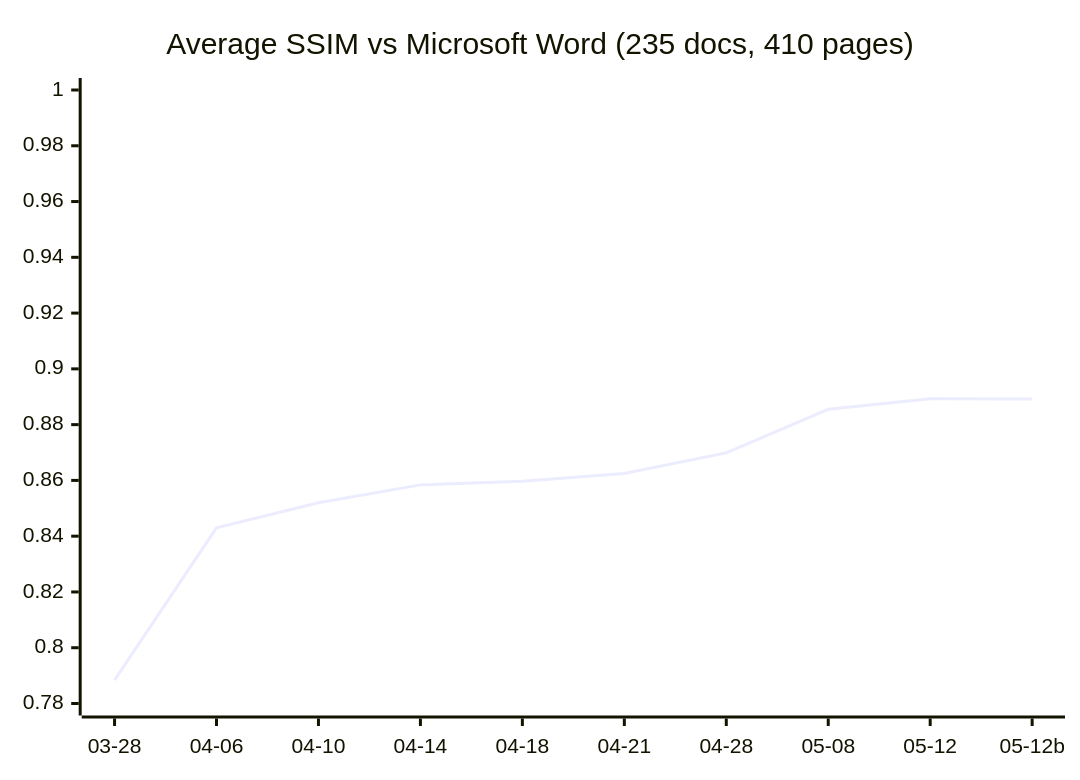
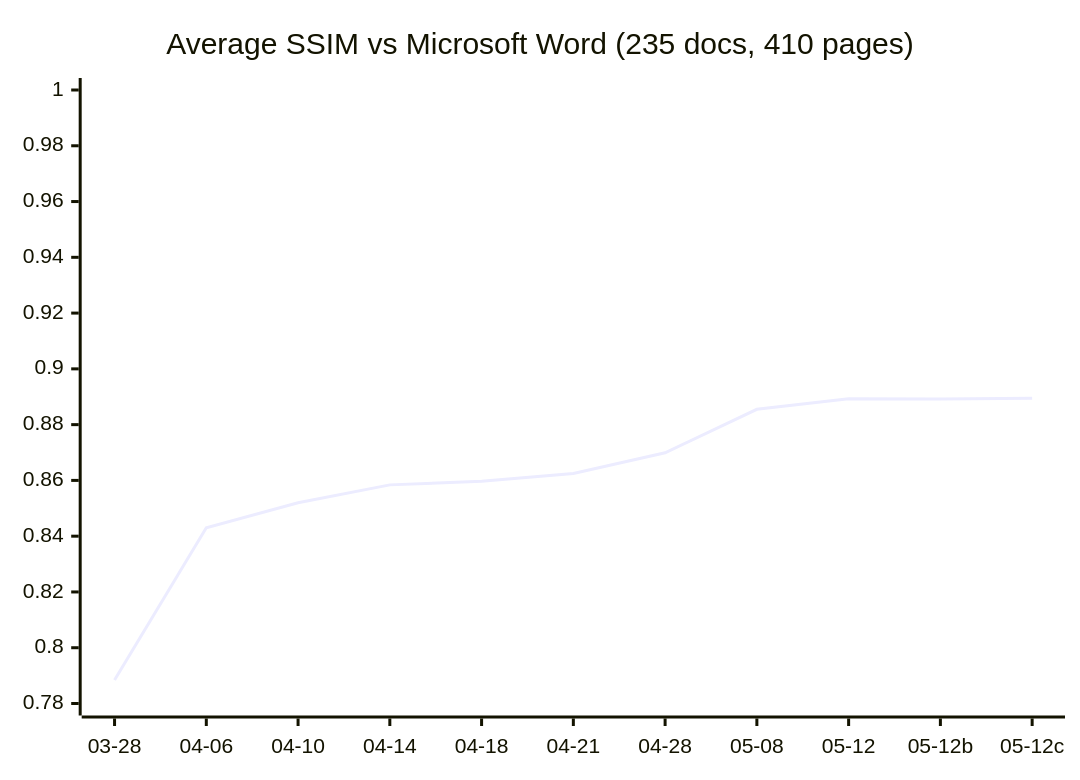
Before and after one commit to Ryujiyasu/oxi: the diagram in README.md, drawn with Mermaid. The commit also changed other lines of this file, not shown here.

Commit message:
docs(README): Phase 1 44/55 + R7.24 row (fixed-layout fix → a47e6 PASS)

````diff
--- a/README.md
+++ b/README.md
@@ -213,7 +213,7 @@
 ```mermaid
 xychart-beta
   title "Average SSIM vs Microsoft Word (235 docs, 410 pages)"
-  x-axis ["03-28", "04-06", "04-10", "04-14", "04-18", "04-21", "04-28", "05-08", "05-12", "05-12b"]
+  x-axis ["03-28", "04-06", "04-10", "04-14", "04-18", "04-21", "04-28", "05-08", "05-12", "05-12b", "05-12c"]
   y-axis 0.78 --> 1.0
-  line [0.7884, 0.8430, 0.8520, 0.8584, 0.8597, 0.8625, 0.8699, 0.8855, 0.8893, 0.8892]
+  line [0.7884, 0.8430, 0.8520, 0.8584, 0.8597, 0.8625, 0.8699, 0.8855, 0.8893, 0.8892, 0.8895]
 ```
````
